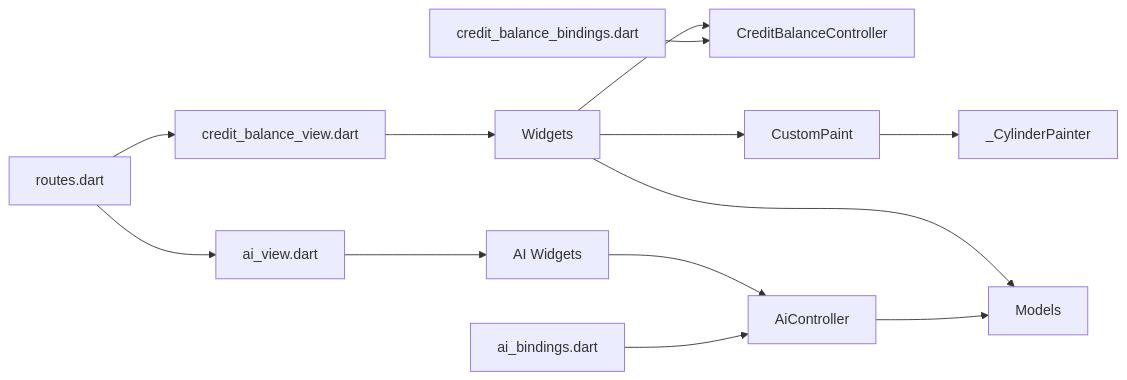
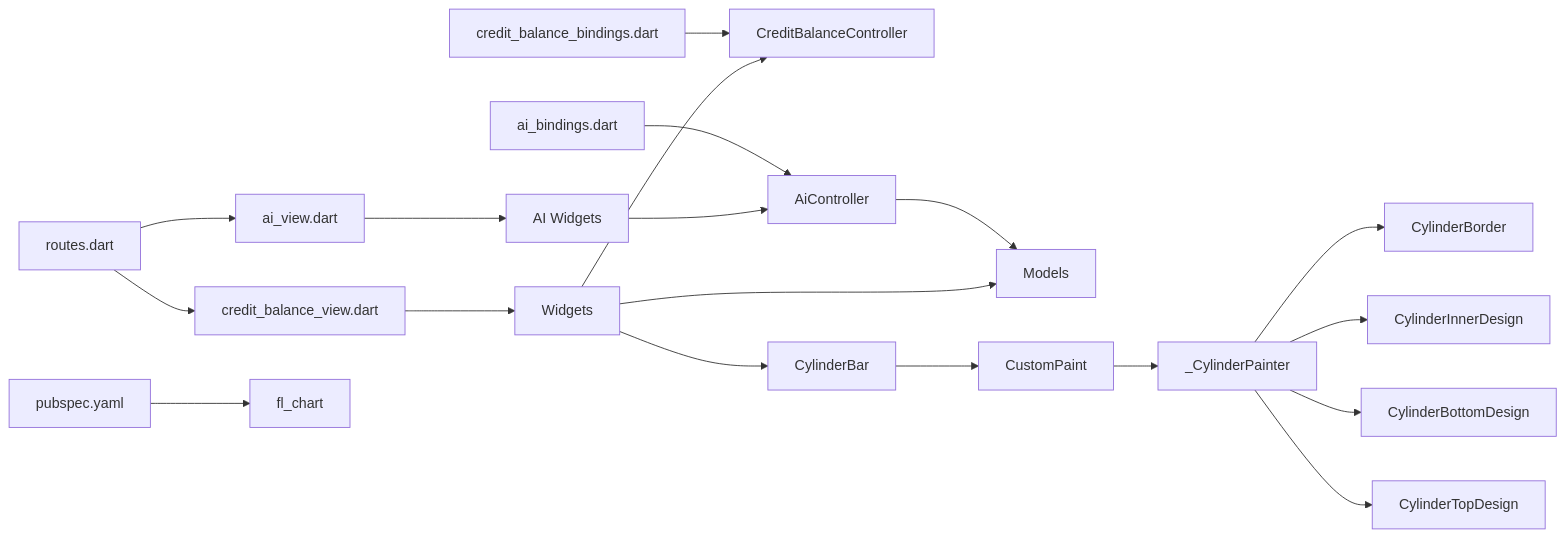
Diagram 15 of 15 in .qoder/repowiki/en/content/Core Features/User Profile Management/Credit Balance System.md (Ariful3111/FurniGo), drawn with Mermaid before and after one commit. The commit also changed other lines of this file and 10 other files, not shown here.

````diff
--- a/.qoder/repowiki/en/content/Core Features/User Profile Management/Credit Balance System.md
+++ b/.qoder/repowiki/en/content/Core Features/User Profile Management/Credit Balance System.md
@@ -682,15 +788,21 @@
 ```mermaid
 graph LR
 Routes["routes.dart"] --> View["credit_balance_view.dart"]
 Routes --> AIView["ai_view.dart"]
 View --> Widgets["Widgets"]
 AIView --> AIWidgets["AI Widgets"]
 Widgets --> Models["Models"]
 Widgets --> Controller["CreditBalanceController"]
-Widgets --> CustomPaint["CustomPaint"]
-CustomPaint --> CustomPainter["_CylinderPainter"]
+Widgets --> CylinderBar["CylinderBar"]
+CylinderBar --> CustomPaint["CustomPaint"]
+CustomPaint --> CylinderPainter["_CylinderPainter"]
+CylinderPainter --> CylinderBorder["CylinderBorder"]
+CylinderPainter --> CylinderInnerDesign["CylinderInnerDesign"]
+CylinderPainter --> CylinderBottomDesign["CylinderBottomDesign"]
+CylinderPainter --> CylinderTopDesign["CylinderTopDesign"]
 AIWidgets --> AIController["AiController"]
 AIController --> Models
 Binding["credit_balance_bindings.dart"] --> Controller
 AIBinding["ai_bindings.dart"] --> AIController
+PubSpec["pubspec.yaml"] --> FlChart["fl_chart"]
 ```
````
